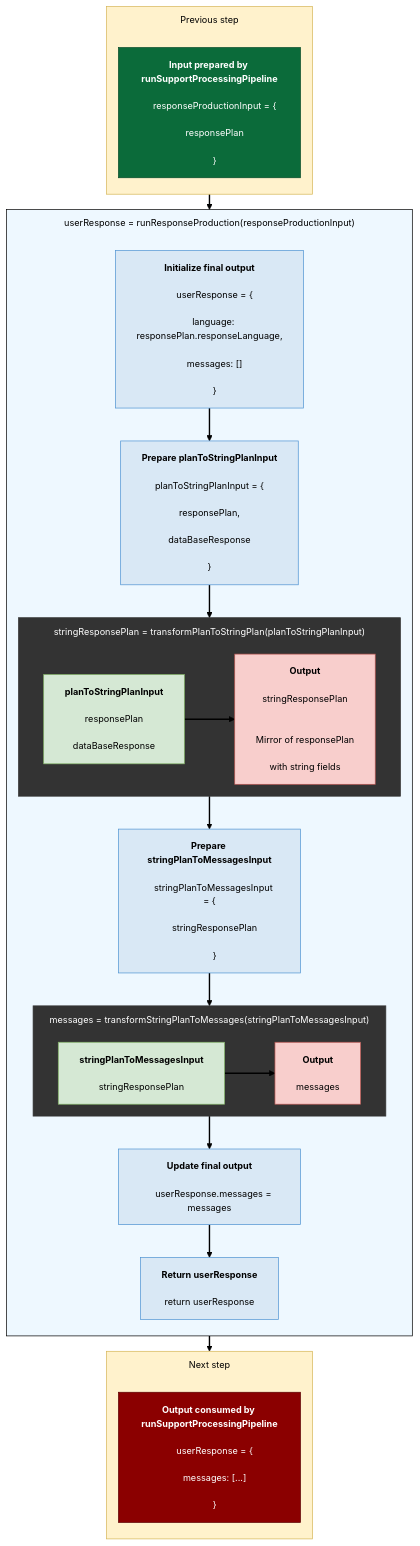
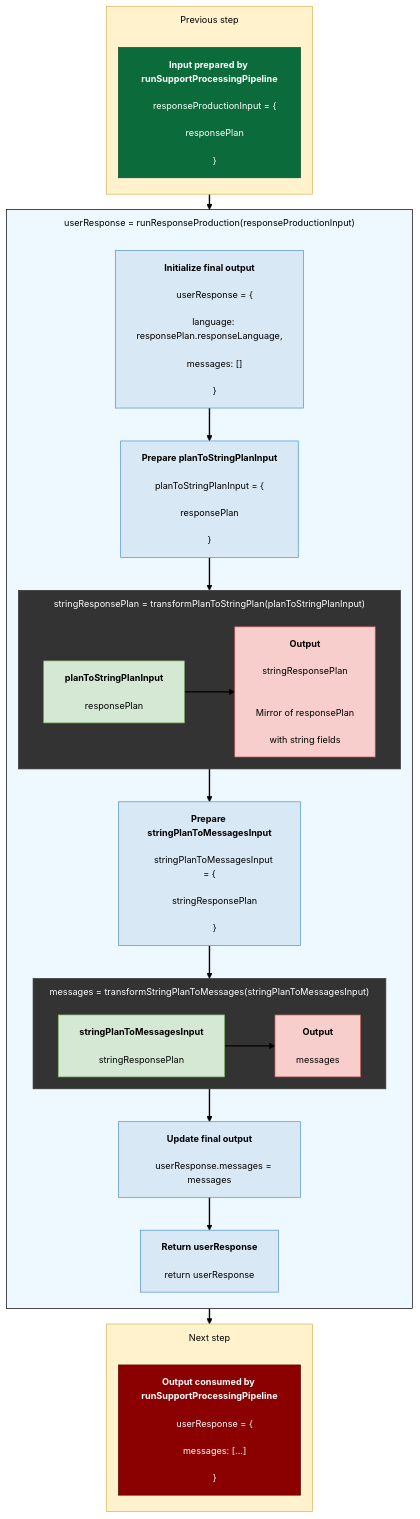
The first of 3 diagrams in docs/supportProcessingPipelines/responseProductionPipeline.md (linagora/automatisation-support), drawn with Mermaid before and after one commit. The commit also changed other lines of this file and 13 other files, not shown here.

```diff
--- a/docs/supportProcessingPipelines/responseProductionPipeline.md
+++ b/docs/supportProcessingPipelines/responseProductionPipeline.md
@@ -26,16 +26,14 @@
 
     T_PLAN_TO_STRING_INPUT["<b>Prepare planToStringPlanInput</b><br/>
     planToStringPlanInput = {<br/>
-    responsePlan,<br/>
-    dataBaseResponse<br/>
+    responsePlan<br/>
     }"]
 
     subgraph PLAN_TO_STRING_DATA["stringResponsePlan = transformPlanToStringPlan(planToStringPlanInput)"]
       direction LR
 
       PLAN_TO_STRING_INPUTS["<b>planToStringPlanInput</b><br/>
-      responsePlan<br/>
-      dataBaseResponse"]
+      responsePlan"]
 
       PLAN_TO_STRING_OUTPUTS["<b>Output</b><br/>
       stringResponsePlan<br/><br/>
```
